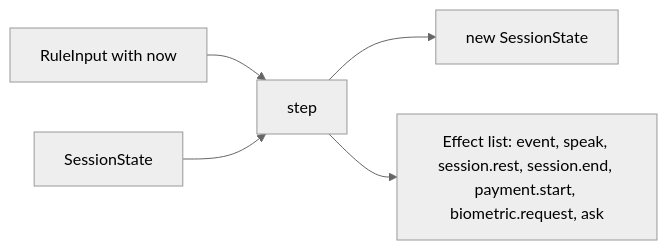
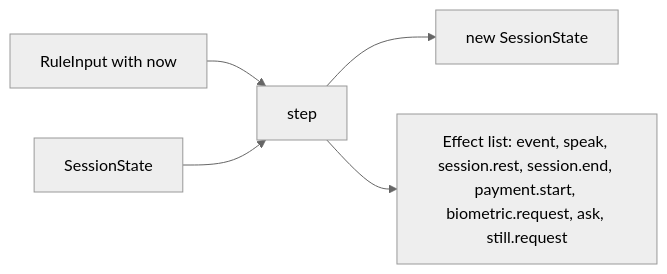
Before and after one commit to mrBymax/glance: the fifth of 11 diagrams in apps/server/README.md, drawn with Mermaid (neutral theme). The commit also changed other lines of this file and 4 other files, not shown here.

````diff
--- a/apps/server/README.md
+++ b/apps/server/README.md
@@ -365,7 +607,7 @@
 ```mermaid
 flowchart LR
   input["RuleInput with now"] --> step
   state["SessionState"] --> step
   step --> next["new SessionState"]
-  step --> effects["Effect list: event, speak, session.rest, session.end, payment.start, biometric.request, ask"]
+  step --> effects["Effect list: event, speak, session.rest, session.end, payment.start, biometric.request, ask, still.request"]
 ```
````
